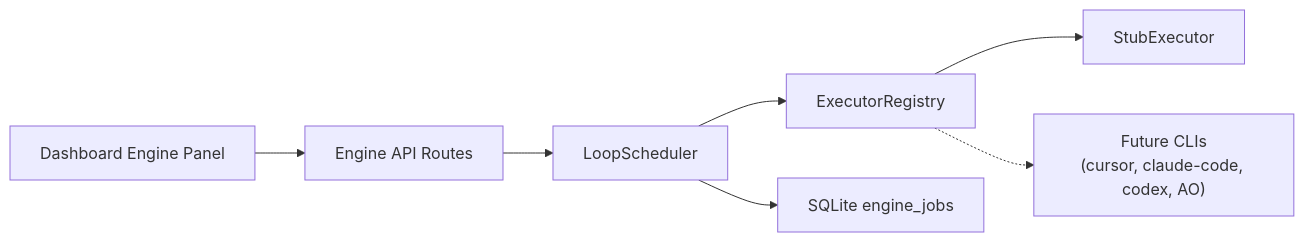
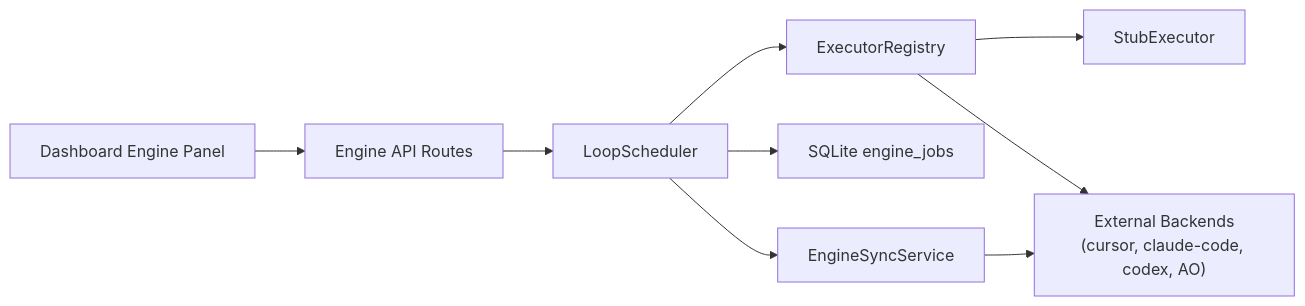
The first of 4 diagrams in docs/architecture/loop-execution-engine.md (BankNatchapol/Loop-Control-Plane), drawn with Mermaid before and after one commit. The commit also changed other lines of this file and 2 other files, not shown here.

First line of the commit message:
MAESTRO: Document Phase 04 agent backends and AO bridge architecture.

````diff
--- a/docs/architecture/loop-execution-engine.md
+++ b/docs/architecture/loop-execution-engine.md
@@ -28,17 +29,20 @@
 ```mermaid
 flowchart LR
   Dashboard["Dashboard Engine Panel"]
   API["Engine API Routes"]
   Scheduler["LoopScheduler"]
   Registry["ExecutorRegistry"]
   Stub["StubExecutor"]
   SQLite["SQLite engine_jobs"]
-  Future["Future CLIs\n(cursor, claude-code, codex, AO)"]
+  External["External Backends\n(cursor, claude-code, codex, AO)"]
+  Sync["EngineSyncService"]
 
   Dashboard --> API
   API --> Scheduler
   Scheduler --> SQLite
   Scheduler --> Registry
+  Scheduler --> Sync
   Registry --> Stub
-  Registry -.-> Future
+  Registry --> External
+  Sync --> External
 ```
````
